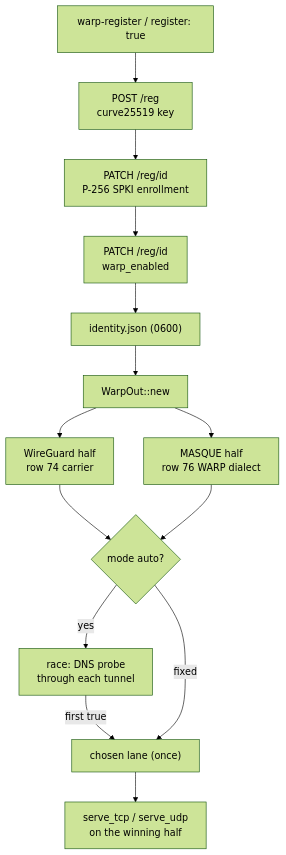
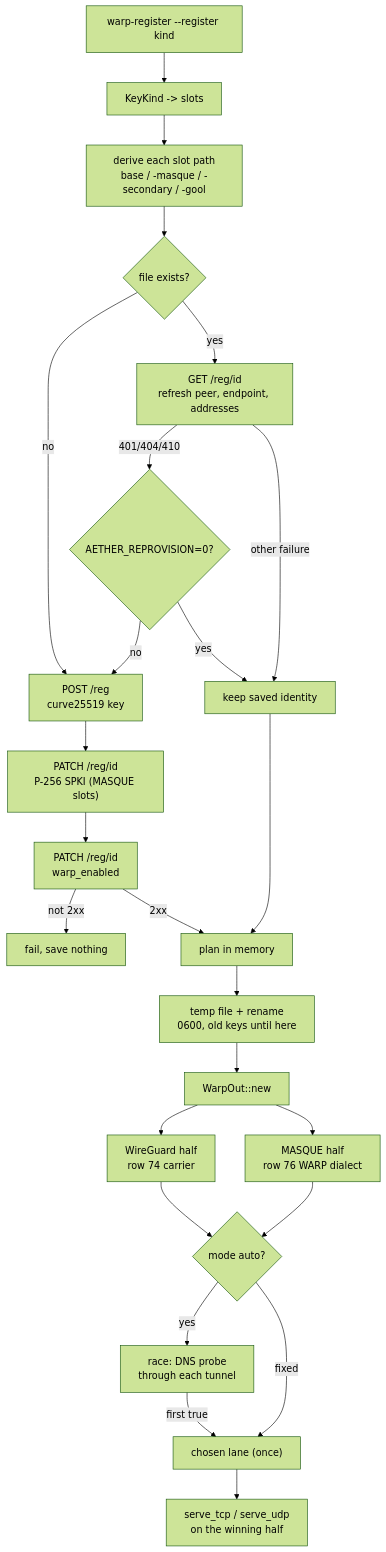
Before and after one commit to Ferrocite/ferrox: the diagram in docs/function/warp.md, drawn with Mermaid (forest theme). The commit also changed other lines of this file and 10 other files, not shown here.

First line of the commit message:
warp: device registration, identity refresh, and external WARP benchmarks

````diff
--- a/docs/function/warp.md
+++ b/docs/function/warp.md
@@ -27,15 +38,26 @@
 ```mermaid
 graph TD
-    A["warp-register / register: true"] --> B["POST /reg<br/>curve25519 key"]
-    B --> C["PATCH /reg/id<br/>P-256 SPKI enrollment"]
-    C --> D["PATCH /reg/id<br/>warp_enabled"]
-    D --> E["identity.json (0600)"]
-    E --> F["WarpOut::new"]
-    F --> G["WireGuard half<br/>row 74 carrier"]
-    F --> H["MASQUE half<br/>row 76 WARP dialect"]
-    G & H --> I{"mode auto?"}
-    I -- yes --> J["race: DNS probe<br/>through each tunnel"]
-    J -- "first true" --> K["chosen lane (once)"]
-    I -- "fixed" --> K
-    K --> L["serve_tcp / serve_udp<br/>on the winning half"]
+    A["warp-register --register kind"] --> B["KeyKind -> slots"]
+    B --> C["derive each slot path<br/>base / -masque / -secondary / -gool"]
+    C --> D{"file exists?"}
+    D -- no --> E["POST /reg<br/>curve25519 key"]
+    D -- yes --> F["GET /reg/id<br/>refresh peer, endpoint, addresses"]
+    F -- "401/404/410" --> G{"AETHER_REPROVISION=0?"}
+    G -- no --> E
+    G -- yes --> H["keep saved identity"]
+    F -- other failure --> H
+    E --> I["PATCH /reg/id<br/>P-256 SPKI (MASQUE slots)"]
+    I --> J["PATCH /reg/id<br/>warp_enabled"]
+    J -- "not 2xx" --> X["fail, save nothing"]
+    J -- 2xx --> K["plan in memory"]
+    H --> K
+    K --> L["temp file + rename<br/>0600, old keys until here"]
+    L --> M["WarpOut::new"]
+    M --> N["WireGuard half<br/>row 74 carrier"]
+    M --> O["MASQUE half<br/>row 76 WARP dialect"]
+    N & O --> P{"mode auto?"}
+    P -- yes --> Q["race: DNS probe<br/>through each tunnel"]
+    Q -- "first true" --> R["chosen lane (once)"]
+    P -- "fixed" --> R
+    R --> S["serve_tcp / serve_udp<br/>on the winning half"]
 ```
````
